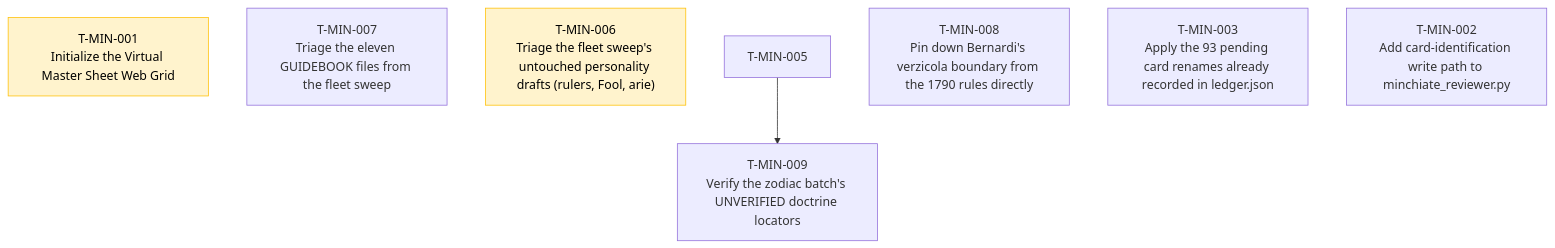
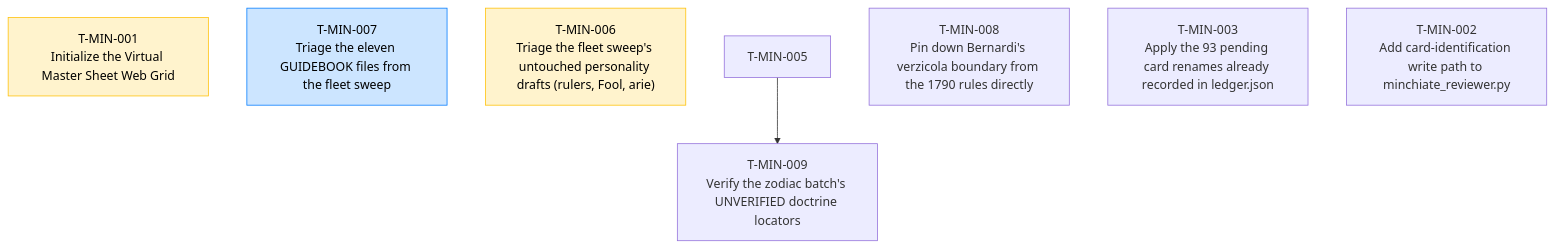
Before and after one commit to wgmilleriii/task_coordinator: the diagram in TASKS.md, drawn with Mermaid. The commit also changed other lines of this file and 1 other file, not shown here.

Commit message:
claim: T-MIN-007 claimed by Worker-F7

````diff
--- a/TASKS.md
+++ b/TASKS.md
@@ -7,15 +7,15 @@
 ```mermaid
 graph TD
     classDef done fill:#d4edda,stroke:#28a745,color:#000;
     classDef blocked fill:#f8d7da,stroke:#dc3545,color:#000;
     classDef review fill:#fff3cd,stroke:#ffc107,color:#000;
     classDef active fill:#cce5ff,stroke:#007bff,color:#000;
     T-MIN-001["T-MIN-001<br/>Initialize the Virtual Master Sheet Web Grid"]:::review
-    T-MIN-007["T-MIN-007<br/>Triage the eleven GUIDEBOOK files from the fleet sweep"]
+    T-MIN-007["T-MIN-007<br/>Triage the eleven GUIDEBOOK files from the fleet sweep"]:::active
     T-MIN-006["T-MIN-006<br/>Triage the fleet sweep's untouched personality drafts (rulers, Fool, arie)"]:::review
     T-MIN-009["T-MIN-009<br/>Verify the zodiac batch's UNVERIFIED doctrine locators"]
     T-MIN-005 --> T-MIN-009
     T-MIN-008["T-MIN-008<br/>Pin down Bernardi's verzicola boundary from the 1790 rules directly"]
     T-MIN-003["T-MIN-003<br/>Apply the 93 pending card renames already recorded in ledger.json"]
     T-MIN-002["T-MIN-002<br/>Add card-identification write path to minchiate_reviewer.py"]
 ```
````
